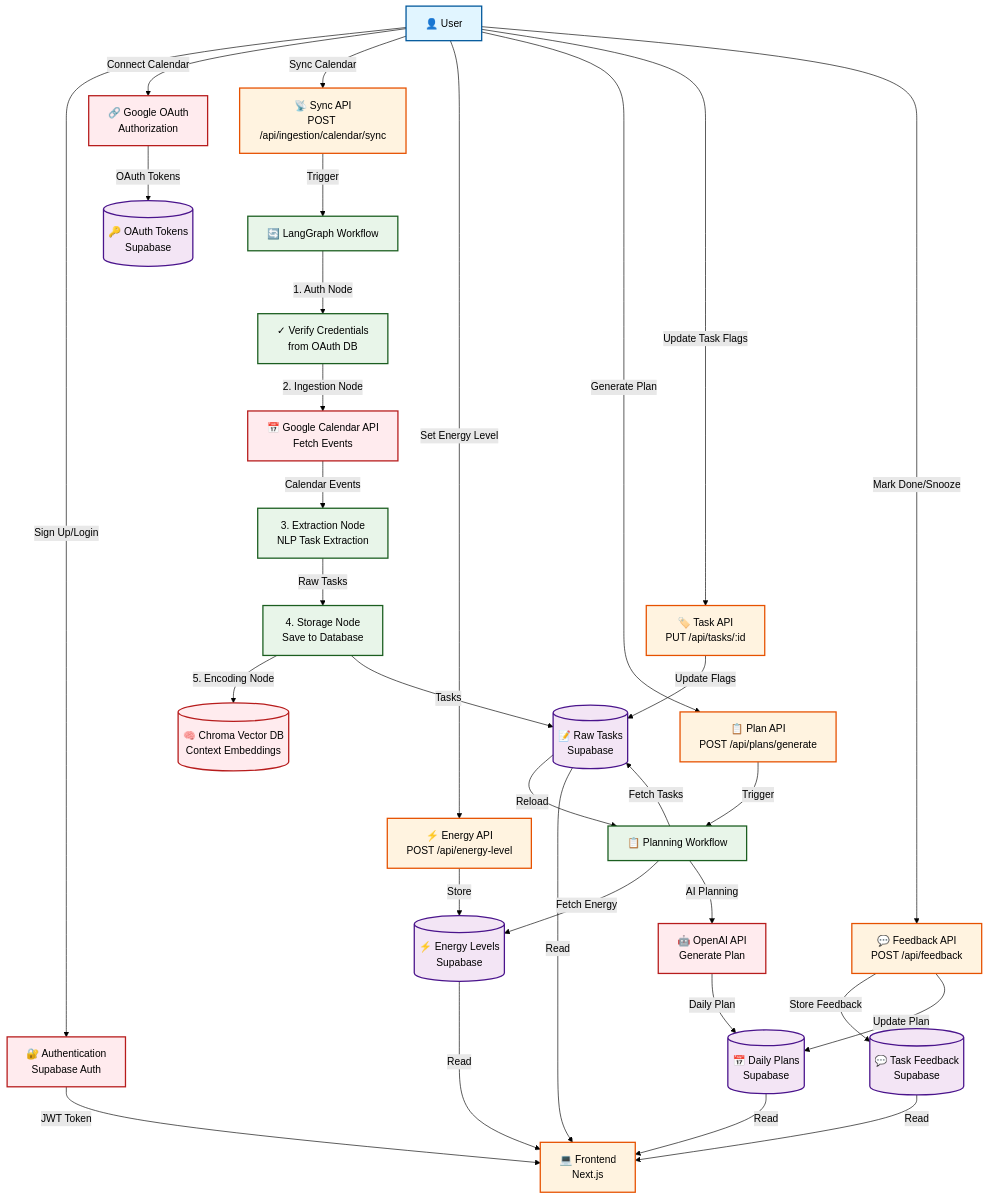
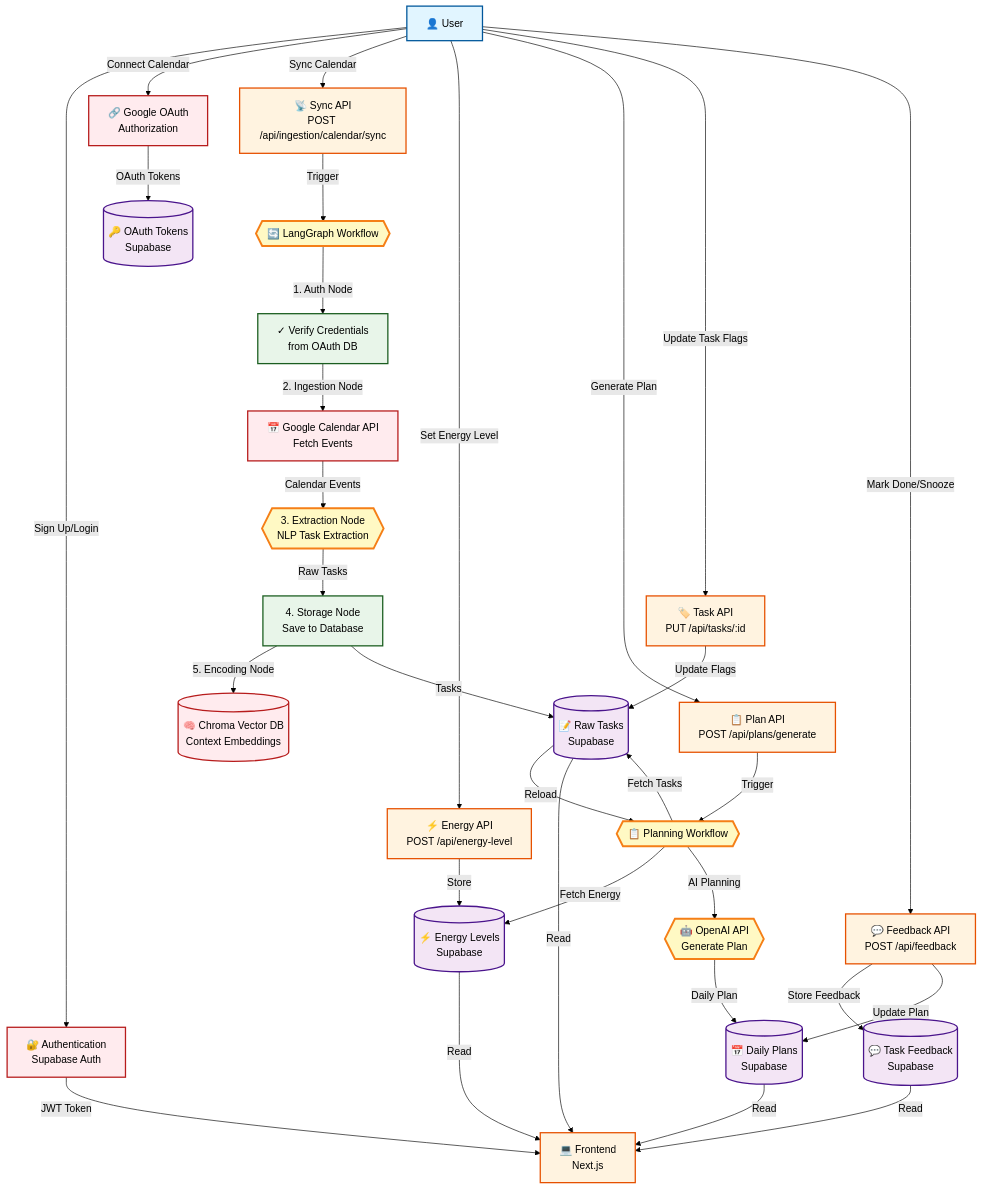
One commit to protektiq/lifeflow changed the diagram in README.md. Above: the diagram before and after it, drawn with Mermaid (forest theme). The commit also changed other lines of this file, not shown here.

Commit message:
added special shapes for agents to DFD

````diff
--- a/README.md
+++ b/README.md
@@ -26,61 +26,63 @@
 ```mermaid
 graph TB
     %% User Actions
     User[👤 User] -->|Sign Up/Login| Auth[🔐 Authentication<br/>Supabase Auth]
     User -->|Connect Calendar| GoogleOAuth[🔗 Google OAuth<br/>Authorization]
     User -->|Sync Calendar| SyncAPI[📡 Sync API<br/>POST /api/ingestion/calendar/sync]
     User -->|Set Energy Level| EnergyAPI[⚡ Energy API<br/>POST /api/energy-level]
     User -->|Generate Plan| PlanAPI[📋 Plan API<br/>POST /api/plans/generate]
     User -->|Update Task Flags| TaskAPI[🏷️ Task API<br/>PUT /api/tasks/:id]
     User -->|Mark Done/Snooze| FeedbackAPI[💬 Feedback API<br/>POST /api/feedback]
 
     %% Authentication Flow
     Auth -->|JWT Token| Frontend[💻 Frontend<br/>Next.js]
     GoogleOAuth -->|OAuth Tokens| OAuthDB[(🔑 OAuth Tokens<br/>Supabase)]
 
     %% Calendar Sync Workflow
-    SyncAPI -->|Trigger| Workflow[🔄 LangGraph Workflow]
+    SyncAPI -->|Trigger| Workflow{{🔄 LangGraph Workflow}}
     Workflow -->|1. Auth Node| VerifyCreds[✓ Verify Credentials<br/>from OAuth DB]
     VerifyCreds -->|2. Ingestion Node| GoogleAPI[📅 Google Calendar API<br/>Fetch Events]
-    GoogleAPI -->|Calendar Events| ExtractNode[3. Extraction Node<br/>NLP Task Extraction]
+    GoogleAPI -->|Calendar Events| ExtractNode{{3. Extraction Node<br/>NLP Task Extraction}}
     ExtractNode -->|Raw Tasks| StoreNode[4. Storage Node<br/>Save to Database]
     StoreNode -->|5. Encoding Node| Chroma[(🧠 Chroma Vector DB<br/>Context Embeddings)]
     StoreNode -->|Tasks| TasksDB[(📝 Raw Tasks<br/>Supabase)]
 
     %% Energy Level Flow
     EnergyAPI -->|Store| EnergyDB[(⚡ Energy Levels<br/>Supabase)]
 
     %% Plan Generation Flow
-    PlanAPI -->|Trigger| PlanWorkflow[📋 Planning Workflow]
+    PlanAPI -->|Trigger| PlanWorkflow{{📋 Planning Workflow}}
     PlanWorkflow -->|Fetch Tasks| TasksDB
     PlanWorkflow -->|Fetch Energy| EnergyDB
-    PlanWorkflow -->|AI Planning| OpenAI[🤖 OpenAI API<br/>Generate Plan]
+    PlanWorkflow -->|AI Planning| OpenAI{{🤖 OpenAI API<br/>Generate Plan}}
     OpenAI -->|Daily Plan| PlansDB[(📅 Daily Plans<br/>Supabase)]
 
     %% Task Management Flow
     TaskAPI -->|Update Flags| TasksDB
     TasksDB -->|Reload| PlanWorkflow
 
     %% Feedback Flow
     FeedbackAPI -->|Store Feedback| FeedbackDB[(💬 Task Feedback<br/>Supabase)]
     FeedbackAPI -->|Update Plan| PlansDB
 
     %% Display Flow
     TasksDB -->|Read| Frontend
     PlansDB -->|Read| Frontend
     EnergyDB -->|Read| Frontend
     FeedbackDB -->|Read| Frontend
 
     %% Styling
     classDef userClass fill:#e1f5ff,stroke:#01579b,stroke-width:2px
     classDef apiClass fill:#fff3e0,stroke:#e65100,stroke-width:2px
     classDef dbClass fill:#f3e5f5,stroke:#4a148c,stroke-width:2px
+    classDef agentClass fill:#fff9c4,stroke:#f57f17,stroke-width:3px
     classDef workflowClass fill:#e8f5e9,stroke:#1b5e20,stroke-width:2px
     classDef externalClass fill:#ffebee,stroke:#b71c1c,stroke-width:2px
 
     class User userClass
     class Frontend,SyncAPI,EnergyAPI,PlanAPI,TaskAPI,FeedbackAPI apiClass
     class TasksDB,PlansDB,EnergyDB,FeedbackDB,OAuthDB dbClass
-    class Workflow,PlanWorkflow,VerifyCreds,ExtractNode,StoreNode workflowClass
-    class GoogleAPI,OpenAI,Chroma,Auth,GoogleOAuth externalClass
+    class Workflow,ExtractNode,PlanWorkflow,OpenAI agentClass
+    class VerifyCreds,StoreNode workflowClass
+    class GoogleAPI,Chroma,Auth,GoogleOAuth externalClass
 ```
````
